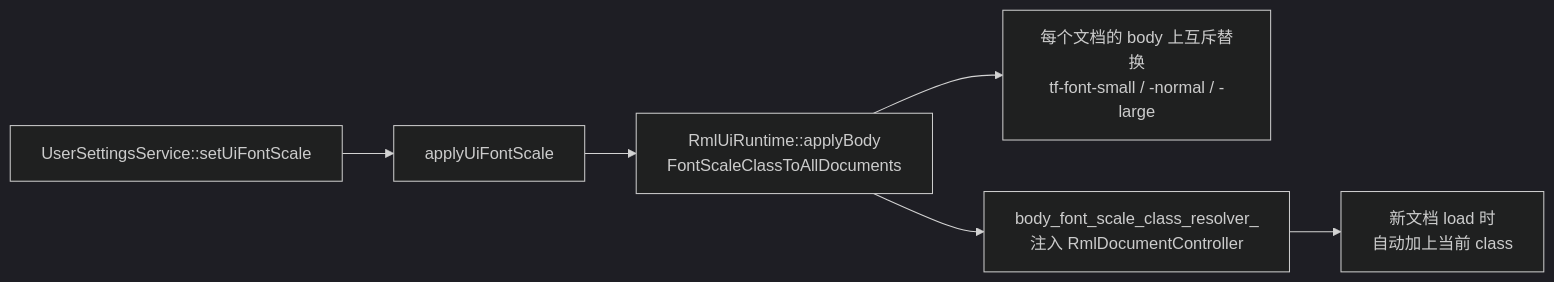
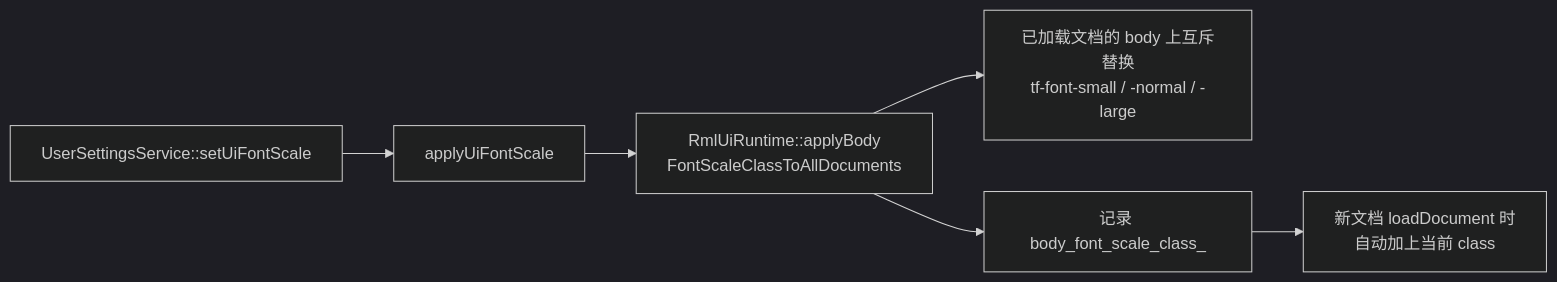
The second of 2 diagrams in docs/gameplay/options-and-user-settings.md (WispSnow/TinyFarmRPG), drawn with Mermaid (dark theme) before and after one commit. The commit also changed other lines of this file and 10 other files, not shown here.

````diff
--- a/docs/gameplay/options-and-user-settings.md
+++ b/docs/gameplay/options-and-user-settings.md
@@ -45,8 +45,8 @@
 ```mermaid
 flowchart LR
   Setting["UserSettingsService::setUiFontScale"] --> Apply["applyUiFontScale"]
   Apply --> Runtime["RmlUiRuntime::applyBody<br/>FontScaleClassToAllDocuments"]
-  Runtime --> Body["每个文档的 body 上互斥替换<br/>tf-font-small / -normal / -large"]
-  Runtime --> Resolver["body_font_scale_class_resolver_<br/>注入 RmlDocumentController"]
-  Resolver --> NewDoc["新文档 load 时<br/>自动加上当前 class"]
+  Runtime --> Body["已加载文档的 body 上互斥替换<br/>tf-font-small / -normal / -large"]
+  Runtime --> Stored["记录 body_font_scale_class_"]
+  Stored --> NewDoc["新文档 loadDocument 时<br/>自动加上当前 class"]
 ```
````
